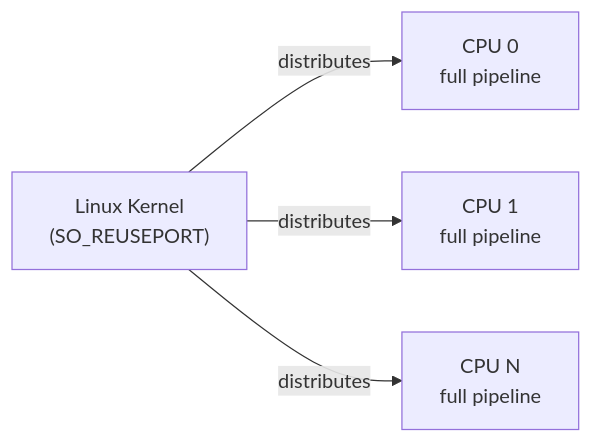
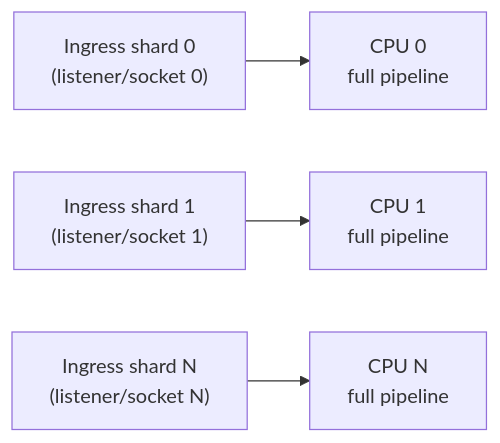
The second of 5 diagrams in rust/otap-dataflow/docs/ingress-sharding-rfc.md (lalitb/otel-arrow), drawn with Mermaid before and after one commit. The commit also changed other lines of this file, not shown here.

Commit message:
Add ingress RFC

````diff
--- a/rust/otap-dataflow/docs/ingress-sharding-rfc.md
+++ b/rust/otap-dataflow/docs/ingress-sharding-rfc.md
@@ -114,7 +114,6 @@
 ```mermaid
 graph LR
-    K["Linux Kernel<br/>(SO_REUSEPORT)"]
-    K -->|"distributes"| P0["CPU 0<br/>full pipeline"]
-    K -->|"distributes"| P1["CPU 1<br/>full pipeline"]
-    K -->|"distributes"| P2["CPU N<br/>full pipeline"]
+    I0["Ingress shard 0<br/>(listener/socket 0)"] --> P0["CPU 0<br/>full pipeline"]
+    I1["Ingress shard 1<br/>(listener/socket 1)"] --> P1["CPU 1<br/>full pipeline"]
+    IN["Ingress shard N<br/>(listener/socket N)"] --> PN["CPU N<br/>full pipeline"]
 ```
````
